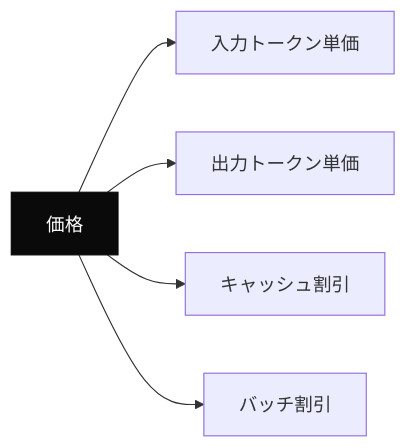
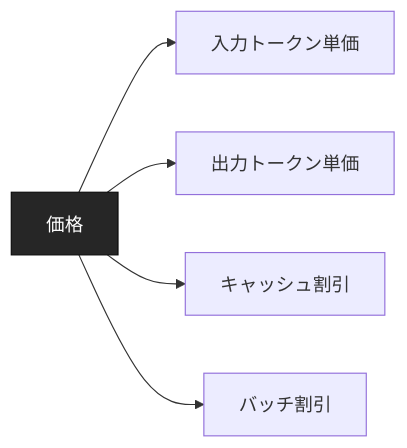
One commit to dinekt/dinekt-wiki changed the second of 2 diagrams in docs/tech-notes/openai-と-anthropic-api-の主要差分.md. Above: the diagram before and after it, drawn with Mermaid. The commit also changed other lines of this file and 71 other files, not shown here.

First line of the commit message:
fix: mermaid readability + remove GitHub repo toolbar

````diff
--- a/docs/tech-notes/openai-と-anthropic-api-の主要差分.md
+++ b/docs/tech-notes/openai-と-anthropic-api-の主要差分.md
@@ -99,9 +99,9 @@
 ```mermaid
 flowchart LR
     P[価格] --> I[入力トークン単価]
     P --> O[出力トークン単価]
     P --> C[キャッシュ割引]
     P --> B[バッチ割引]
 
-    style P fill:#0a0a0a,color:#fff,stroke:#0a0a0a
+    style P fill:#262626,color:#fff,stroke:#0a0a0a
 ```
````
